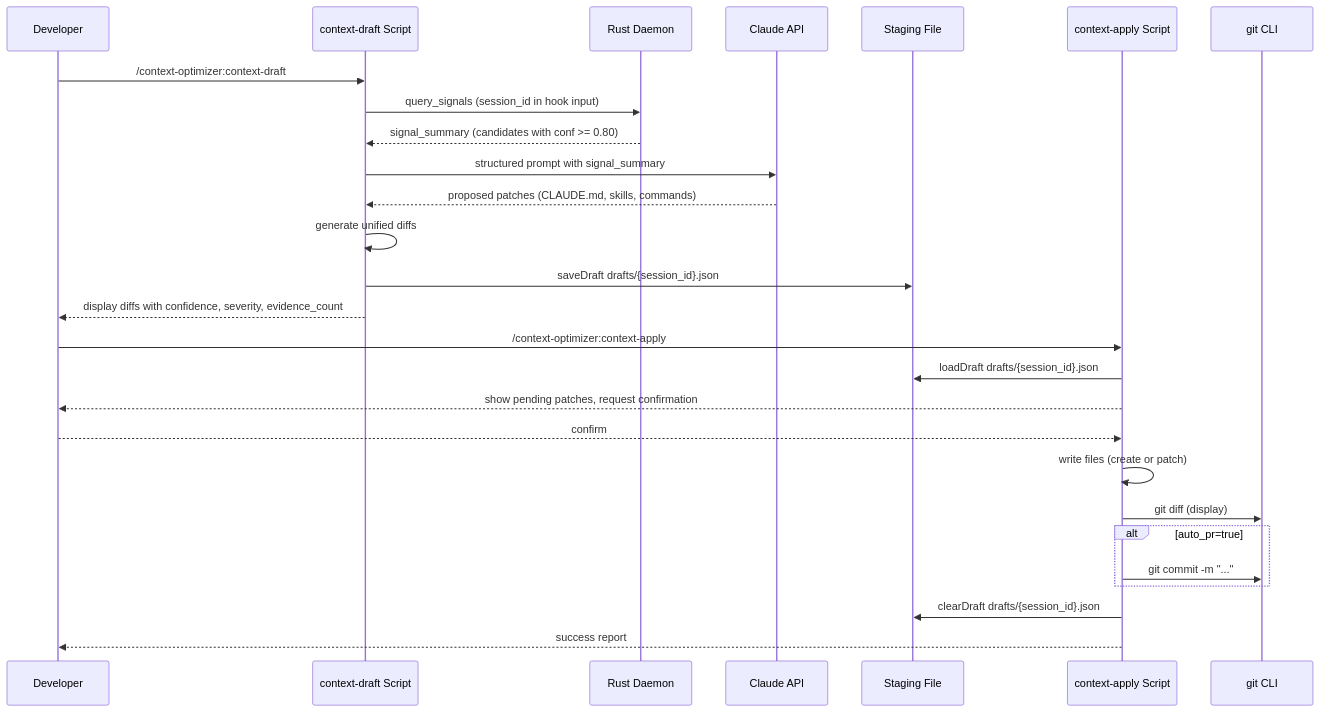
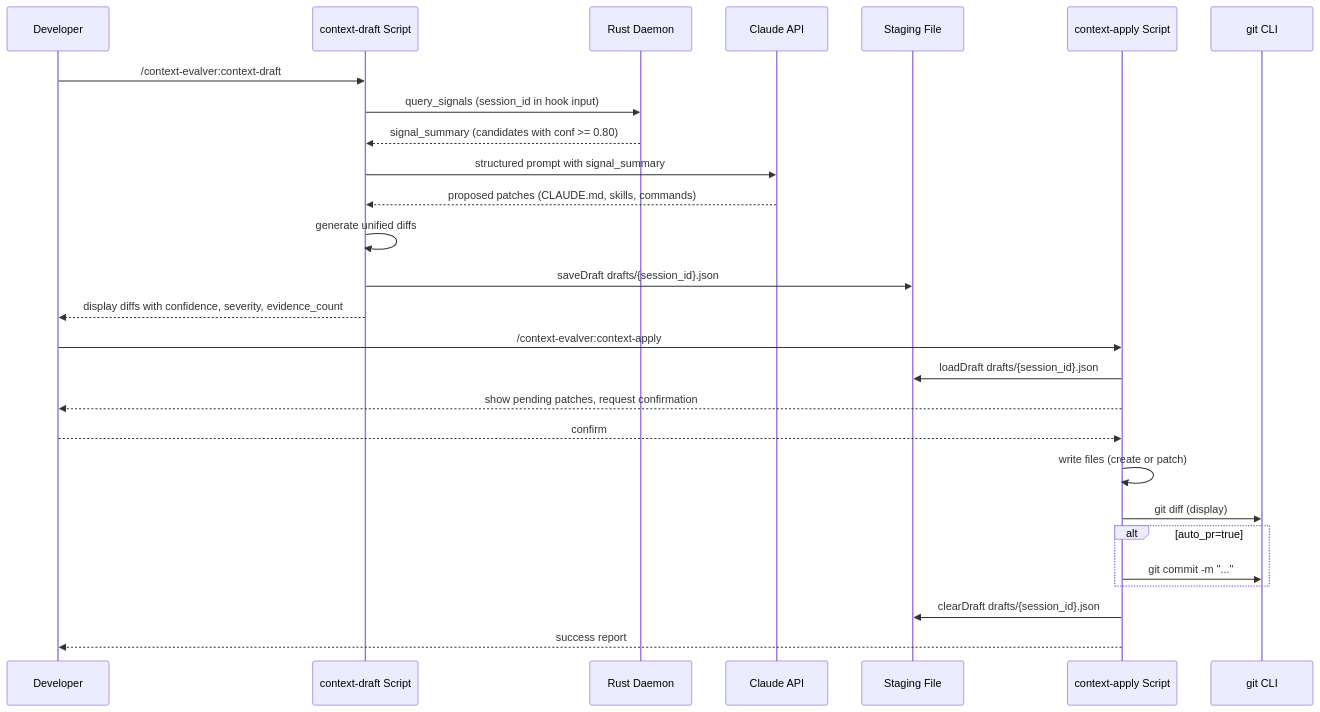
Before and after one commit to hiromaily/context-evalver: the fourth of 4 diagrams in .kiro/specs/initial-development/design.md, drawn with Mermaid. The commit also changed other lines of this file and 6293 other files, not shown here.

First line of the commit message:
Rename context-optimizer to context-evalver across entire codebase

````diff
--- a/.kiro/specs/initial-development/design.md
+++ b/.kiro/specs/initial-development/design.md
@@ -174,31 +174,31 @@
 ```mermaid
 sequenceDiagram
     participant Dev as Developer
     participant Draft as context-draft Script
     participant Daemon as Rust Daemon
     participant LLM as Claude API
     participant FS as Staging File
     participant Apply as context-apply Script
     participant Git as git CLI
 
-    Dev->>Draft: /context-optimizer:context-draft
+    Dev->>Draft: /context-evalver:context-draft
     Draft->>Daemon: query_signals (session_id in hook input)
     Daemon-->>Draft: signal_summary (candidates with conf >= 0.80)
     Draft->>LLM: structured prompt with signal_summary
     LLM-->>Draft: proposed patches (CLAUDE.md, skills, commands)
     Draft->>Draft: generate unified diffs
     Draft->>FS: saveDraft drafts/{session_id}.json
     Draft-->>Dev: display diffs with confidence, severity, evidence_count
 
-    Dev->>Apply: /context-optimizer:context-apply
+    Dev->>Apply: /context-evalver:context-apply
     Apply->>FS: loadDraft drafts/{session_id}.json
     Apply-->>Dev: show pending patches, request confirmation
     Dev-->>Apply: confirm
     Apply->>Apply: write files (create or patch)
     Apply->>Git: git diff (display)
     alt auto_pr=true
         Apply->>Git: git commit -m "..."
     end
     Apply->>FS: clearDraft drafts/{session_id}.json
     Apply-->>Dev: success report
 ```
````
